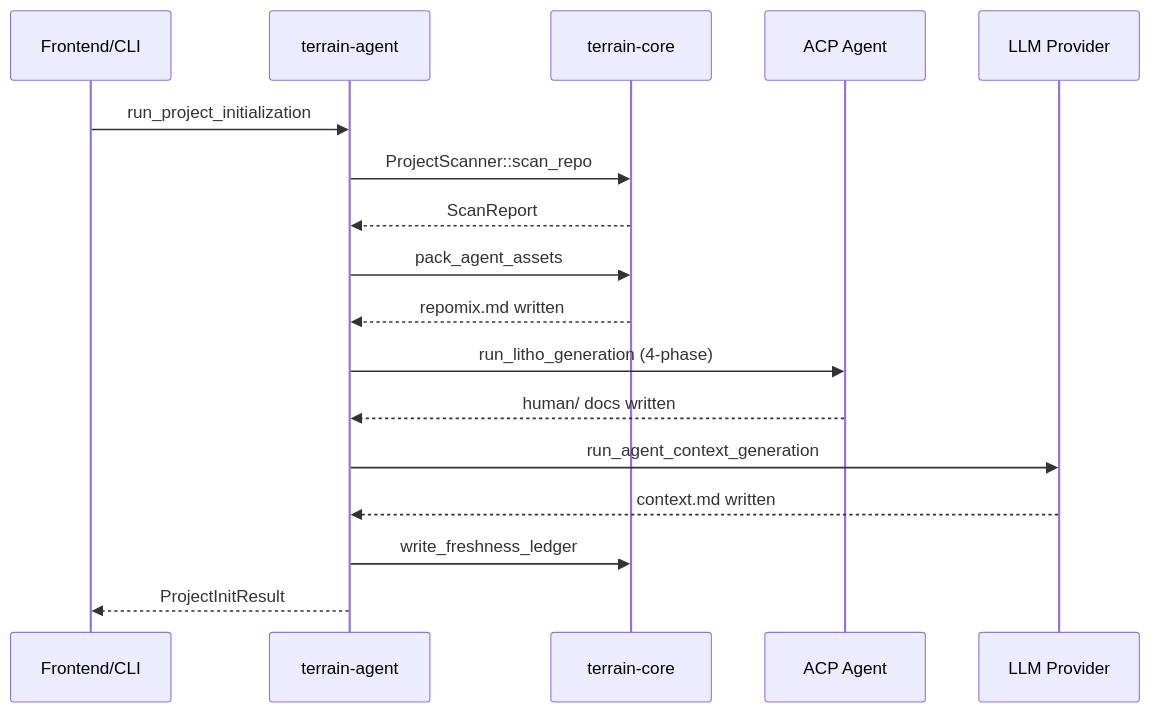
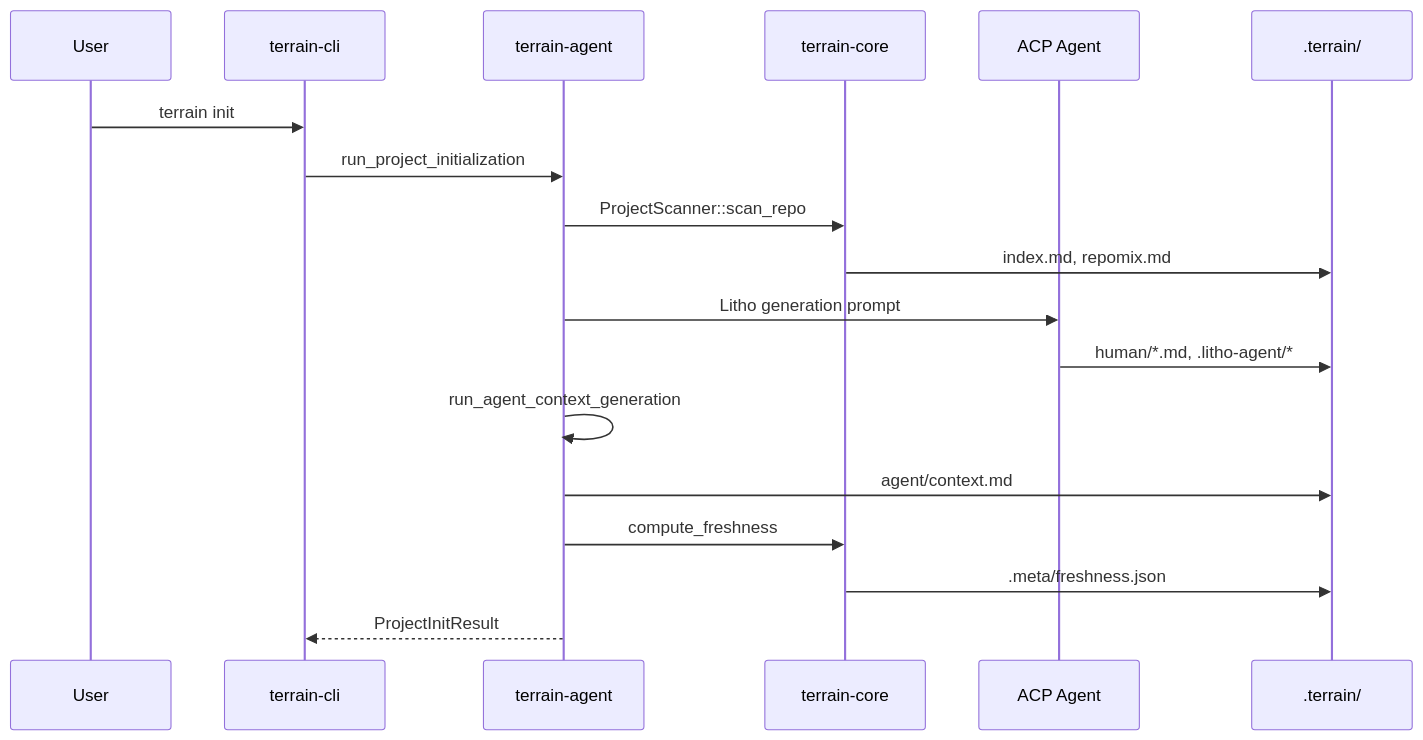
One commit to sopaco/terrain changed the fifth of 6 diagrams in .terrain/human/2.Architecture.md. Above: the diagram before and after it, drawn with Mermaid. The commit also changed other lines of this file and 12 other files, not shown here.

Commit message:
update terrain assets

````diff
--- a/.terrain/human/2.Architecture.md
+++ b/.terrain/human/2.Architecture.md
@@ -194,20 +176,21 @@
 ```mermaid
 sequenceDiagram
-    participant UI as Frontend/CLI
+    participant U as User
+    participant CLI as terrain-cli
     participant Agent as terrain-agent
     participant Core as terrain-core
     participant ACP as ACP Agent
-    participant LLM as LLM Provider
+    participant FS as .terrain/
 
-    UI->>Agent: run_project_initialization
+    U->>CLI: terrain init
+    CLI->>Agent: run_project_initialization
     Agent->>Core: ProjectScanner::scan_repo
-    Core-->>Agent: ScanReport
-    Agent->>Core: pack_agent_assets
-    Core-->>Agent: repomix.md written
-    Agent->>ACP: run_litho_generation (4-phase)
-    ACP-->>Agent: human/ docs written
-    Agent->>LLM: run_agent_context_generation
-    LLM-->>Agent: context.md written
-    Agent->>Core: write_freshness_ledger
-    Agent-->>UI: ProjectInitResult
+    Core->>FS: index.md, repomix.md
+    Agent->>ACP: Litho generation prompt
+    ACP->>FS: human/*.md, .litho-agent/*
+    Agent->>Agent: run_agent_context_generation
+    Agent->>FS: agent/context.md
+    Agent->>Core: compute_freshness
+    Core->>FS: .meta/freshness.json
+    Agent-->>CLI: ProjectInitResult
 ```
````
